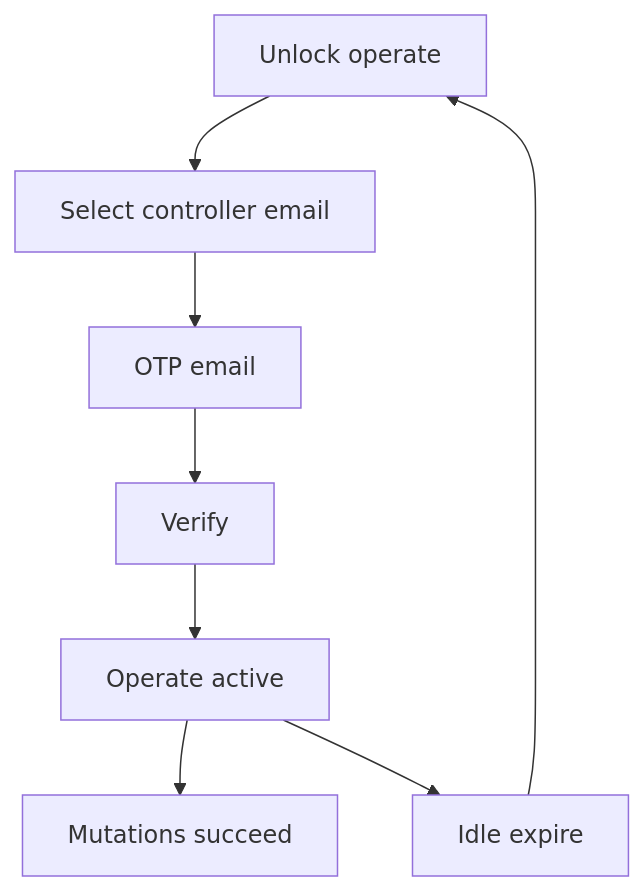
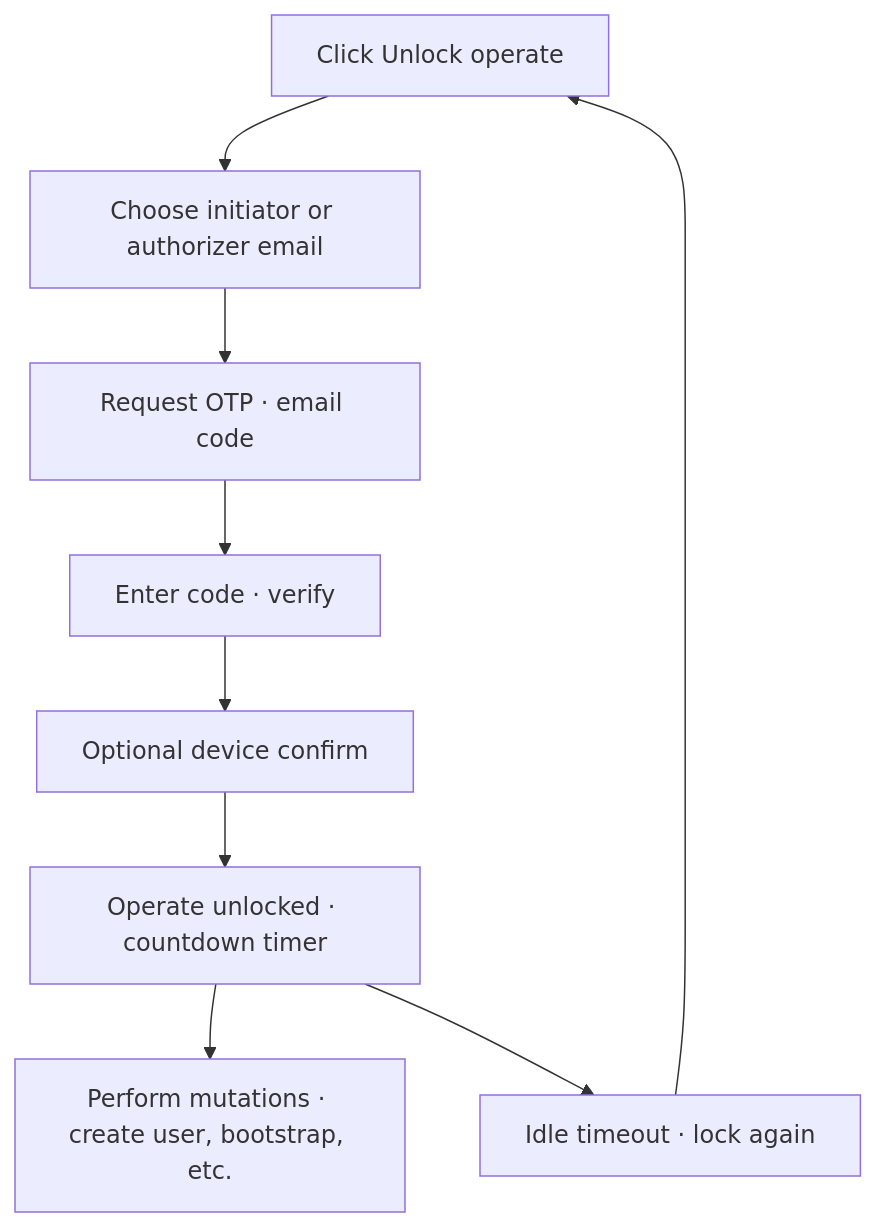
The diagram in docs/how-to/platform/09-unlock-operate.md (Phantom-Fort/Phantix-Frontend), drawn with Mermaid before and after one commit. The commit also changed other lines of this file and 44 other files, not shown here.

````diff
--- a/docs/how-to/platform/09-unlock-operate.md
+++ b/docs/how-to/platform/09-unlock-operate.md
@@ -35,10 +10,11 @@
 ```mermaid
 flowchart TD
-  A[Unlock operate] --> B[Select controller email]
-  B --> C[OTP email]
-  C --> D[Verify]
-  D --> E[Operate active]
-  E --> F[Mutations succeed]
-  E --> G[Idle expire]
-  G --> A
+  A[Click Unlock operate] --> B[Choose initiator or authorizer email]
+  B --> C[Request OTP · email code]
+  C --> D[Enter code · verify]
+  D --> E[Optional device confirm]
+  E --> F[Operate unlocked · countdown timer]
+  F --> G[Perform mutations · create user, bootstrap, etc.]
+  F --> H[Idle timeout · lock again]
+  H --> A
 ```
````
